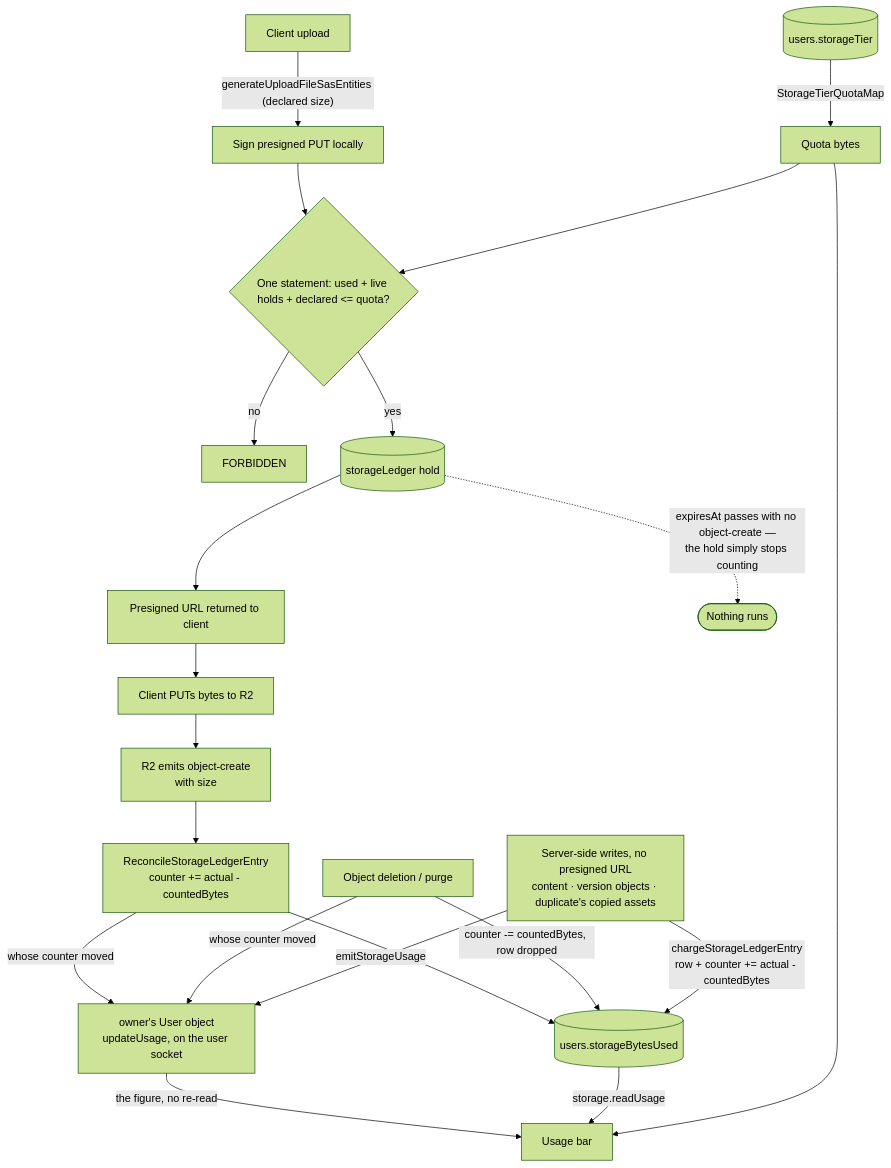
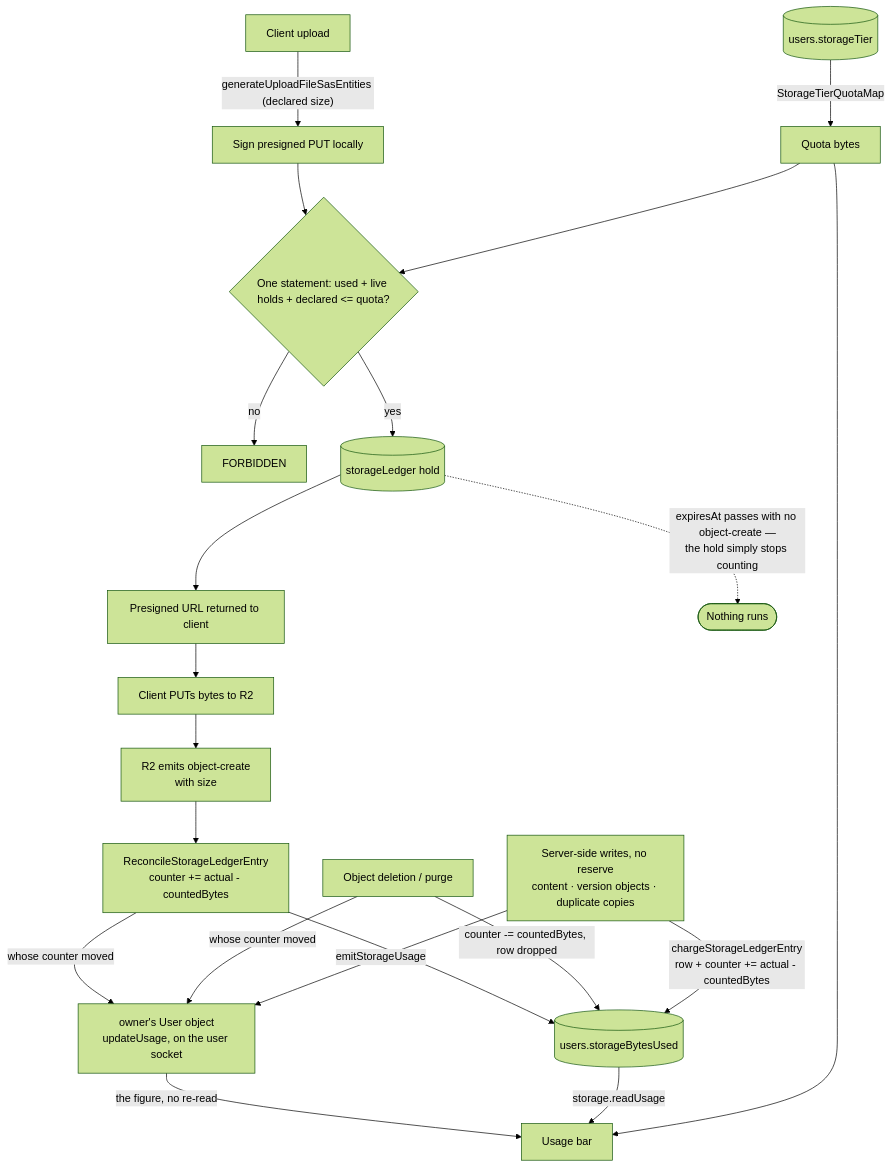
One commit to Esposter/Esposter changed the diagram in openspec/specs/resource/storage-quotas/design.md. Above: the diagram before and after it, drawn with Mermaid (forest theme).

Commit message:
docs(openspec): the storage ledger's server-side writes diagram label fits its name

````diff
--- a/openspec/specs/resource/storage-quotas/design.md
+++ b/openspec/specs/resource/storage-quotas/design.md
@@ -18,23 +18,23 @@
 ```mermaid
 flowchart TD
   client[Client upload] -->|"generateUploadFileSasEntities (declared size)"| sign[Sign presigned PUT locally]
   sign --> reserve{"One statement: used + live holds + declared &lt;= quota?"}
   reserve -->|no| reject["FORBIDDEN"]
   reserve -->|yes| ledger[("storageLedger hold")]
   ledger --> respond[Presigned URL returned to client]
   respond --> put[Client PUTs bytes to R2]
   put --> created["R2 emits object-create<br/>with size"]
   created --> reconcile["ReconcileStorageLedgerEntry<br/>counter += actual - countedBytes"]
   reconcile --> counter[("users.storageBytesUsed")]
   del["Object deletion / purge"] -->|"counter -= countedBytes, row dropped"| counter
-  save["Server-side writes, no presigned URL<br/>content · version objects · duplicate's copied assets"] -->|"chargeStorageLedgerEntry<br/>row + counter += actual - countedBytes"| counter
+  save["Server-side writes, no reserve<br/>content · version objects · duplicate copies"] -->|"chargeStorageLedgerEntry<br/>row + counter += actual - countedBytes"| counter
   ledger -.->|"expiresAt passes with no object-create —<br/>the hold simply stops counting"| gone(["Nothing runs"])
   reconcile -->|"whose counter moved"| uo["owner's User object<br/>updateUsage, on the user socket"]
   del -->|"whose counter moved"| uo
   save -->|"emitStorageUsage"| uo
   uo -->|"the figure, no re-read"| ui
   counter -->|storage.readUsage| ui["Usage bar"]
   tier[("users.storageTier")] -->|StorageTierQuotaMap| quota[Quota bytes]
   quota --> reserve
   quota --> ui
 ```
````
